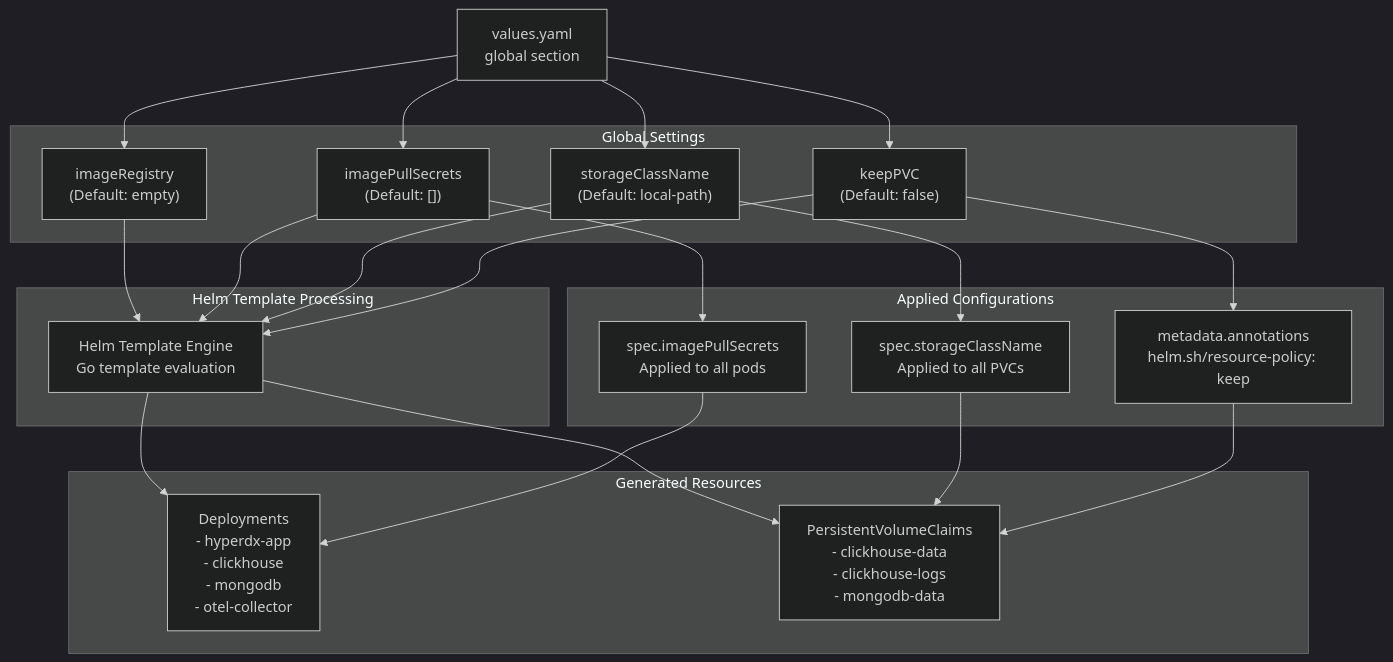
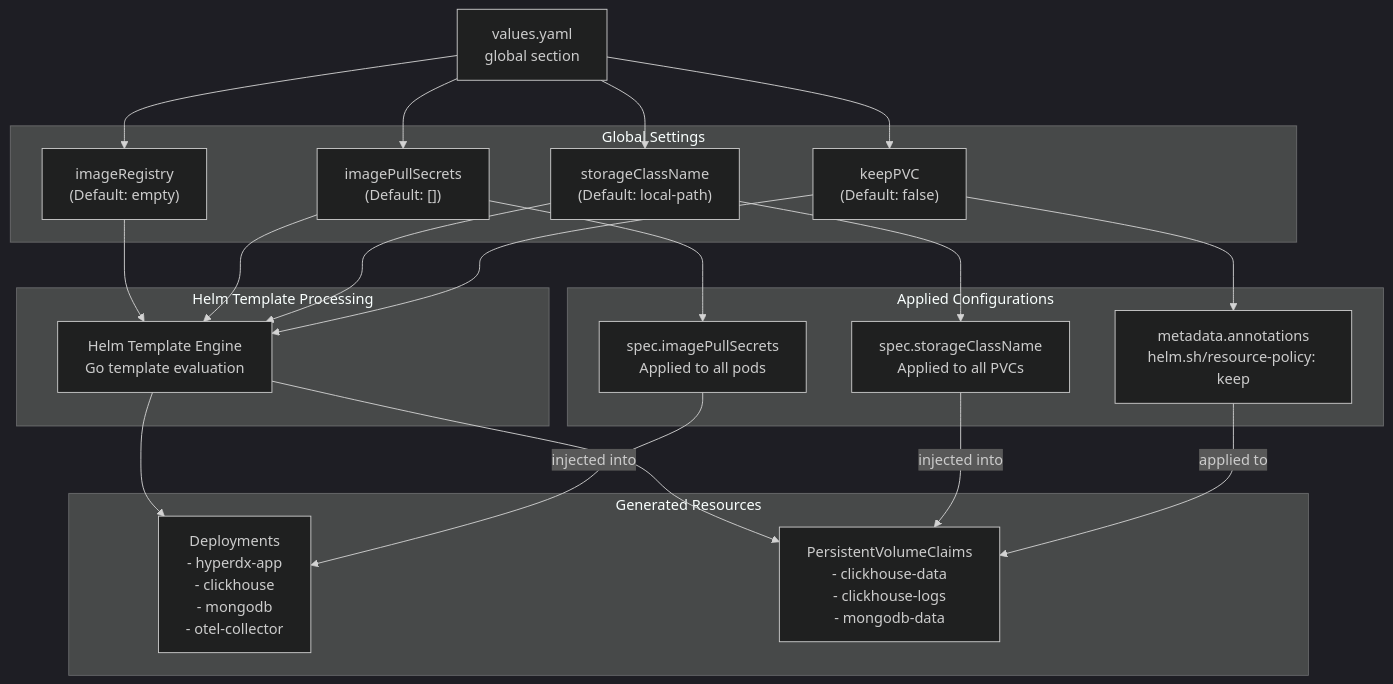
Before and after one commit to openchoreo/openchoreo: the first of 5 diagrams in docs/hyperdxio-helm-charts-docs/Global-Configuration.md, drawn with Mermaid (dark theme). The commit also changed other lines of this file and 85 other files, not shown here.

Commit message:
feat: Add new workflow and specification templates, update Helm chart dependencies, and clarify documentation diagrams.

````diff
--- a/docs/hyperdxio-helm-charts-docs/Global-Configuration.md
+++ b/docs/hyperdxio-helm-charts-docs/Global-Configuration.md
@@ -32,54 +32,54 @@
 ```mermaid
 flowchart TD
 
 ValuesYAML["values.yaml<br>global section"]
 ImageRegistry["imageRegistry<br>(Default: empty)"]
 ImagePullSecrets["imagePullSecrets<br>(Default: [])"]
 StorageClassName["storageClassName<br>(Default: local-path)"]
 KeepPVC["keepPVC<br>(Default: false)"]
 HelmEngine["Helm Template Engine<br>Go template evaluation"]
 Deployments["Deployments<br>- hyperdx-app<br>- clickhouse<br>- mongodb<br>- otel-collector"]
 PVCs["PersistentVolumeClaims<br>- clickhouse-data<br>- clickhouse-logs<br>- mongodb-data"]
 ImagePullSecretsApplied["spec.imagePullSecrets<br>Applied to all pods"]
 StorageClassApplied["spec.storageClassName<br>Applied to all PVCs"]
 KeepAnnotation["metadata.annotations<br>helm.sh/resource-policy: keep"]
 
 ValuesYAML --> ImageRegistry
 ValuesYAML --> ImagePullSecrets
 ValuesYAML --> StorageClassName
 ValuesYAML --> KeepPVC
 ImageRegistry --> HelmEngine
 ImagePullSecrets --> HelmEngine
 StorageClassName --> HelmEngine
 KeepPVC --> HelmEngine
 HelmEngine --> Deployments
 HelmEngine --> PVCs
 ImagePullSecrets --> ImagePullSecretsApplied
 StorageClassName --> StorageClassApplied
 KeepPVC --> KeepAnnotation
-ImagePullSecretsApplied --> Deployments
-StorageClassApplied --> PVCs
-KeepAnnotation --> PVCs
+ImagePullSecretsApplied -->|"injected into"| Deployments
+StorageClassApplied -->|"injected into"| PVCs
+KeepAnnotation -->|"applied to"| PVCs
 
 subgraph subGraph3 ["Applied Configurations"]
     ImagePullSecretsApplied
     StorageClassApplied
     KeepAnnotation
 end
 
 subgraph subGraph2 ["Generated Resources"]
     Deployments
     PVCs
 end
 
 subgraph subGraph1 ["Helm Template Processing"]
     HelmEngine
 end
 
 subgraph subGraph0 ["Global Settings"]
     ImageRegistry
     ImagePullSecrets
     StorageClassName
     KeepPVC
 end
 ```
````
